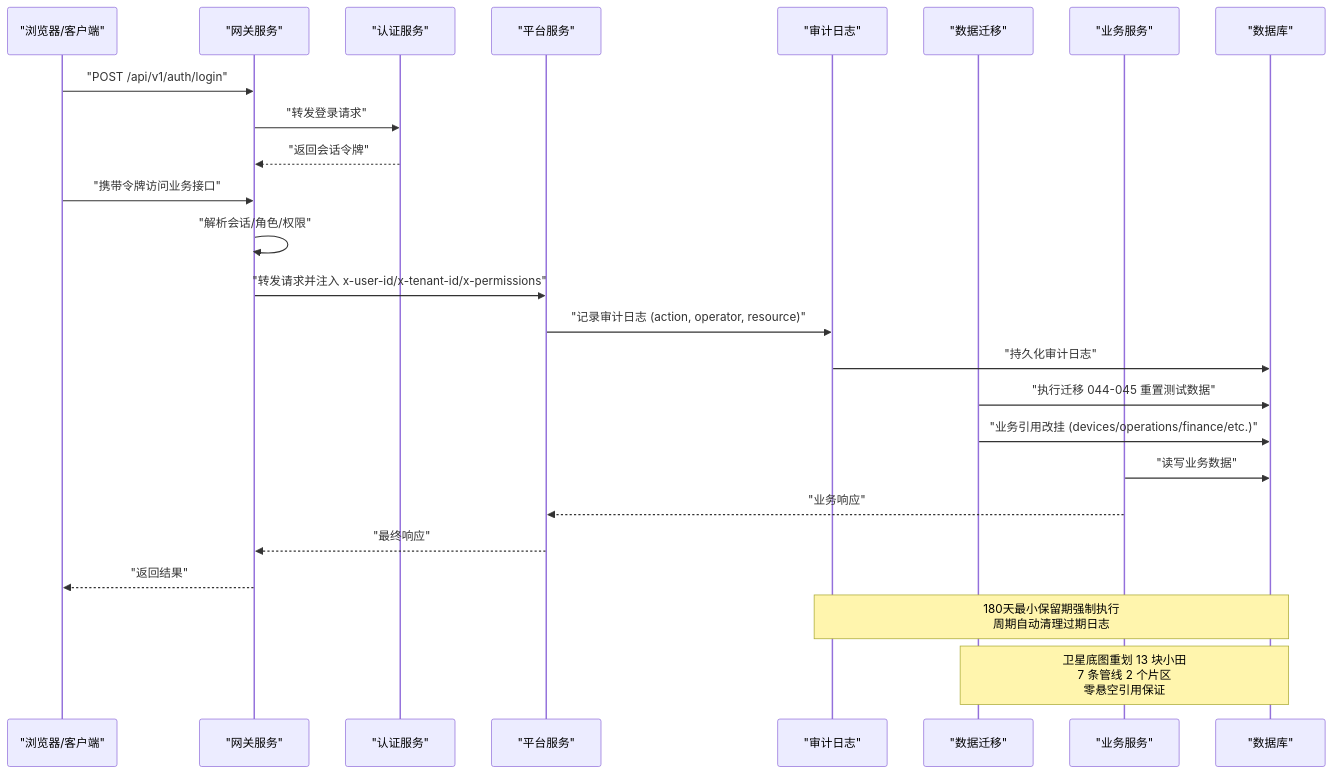
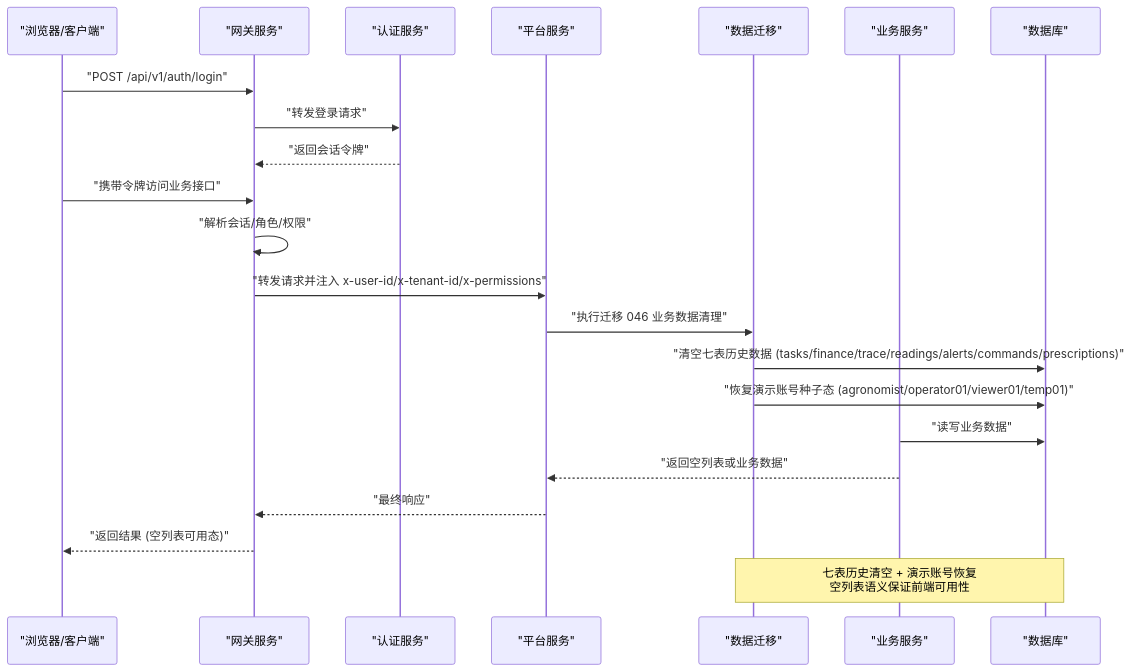
Before and after one commit to q446328246/agri-platform: the second of 3 diagrams in .qoder/repowiki/zh/content/项目概述/平台功能清单.md, drawn with Mermaid. The commit also changed other lines of this file and 48 other files, not shown here.

````diff
--- a/.qoder/repowiki/zh/content/项目概述/平台功能清单.md
+++ b/.qoder/repowiki/zh/content/项目概述/平台功能清单.md
@@ -151,27 +160,24 @@
 ```mermaid
 sequenceDiagram
 participant Client as "浏览器/客户端"
 participant Gateway as "网关服务"
 participant Auth as "认证服务"
 participant Platform as "平台服务"
-participant Audit as "审计日志"
 participant Migration as "数据迁移"
 participant Service as "业务服务"
 participant DB as "数据库"
 Client->>Gateway : "POST /api/v1/auth/login"
 Gateway->>Auth : "转发登录请求"
 Auth-->>Gateway : "返回会话令牌"
 Client->>Gateway : "携带令牌访问业务接口"
 Gateway->>Gateway : "解析会话/角色/权限"
 Gateway->>Platform : "转发请求并注入 x-user-id/x-tenant-id/x-permissions"
-Platform->>Audit : "记录审计日志 (action, operator, resource)"
-Audit->>DB : "持久化审计日志"
-Migration->>DB : "执行迁移 044-045 重置测试数据"
-Migration->>DB : "业务引用改挂 (devices/operations/finance/etc.)"
+Platform->>Migration : "执行迁移 046 业务数据清理"
+Migration->>DB : "清空七表历史数据 (tasks/finance/trace/readings/alerts/commands/prescriptions)"
+Migration->>DB : "恢复演示账号种子态 (agronomist/operator01/viewer01/temp01)"
 Service->>DB : "读写业务数据"
-Service-->>Platform : "业务响应"
+Service-->>Platform : "返回空列表或业务数据"
 Platform-->>Gateway : "最终响应"
-Gateway-->>Client : "返回结果"
-Note over Audit,DB : 180天最小保留期强制执行<br/>周期自动清理过期日志
-Note over Migration,DB : 卫星底图重划 13 块小田<br/>7 条管线 2 个片区<br/>零悬空引用保证
+Gateway-->>Client : "返回结果 (空列表可用态)"
+Note over Migration,DB : 七表历史清空 + 演示账号恢复<br/>空列表语义保证前端可用性
 ```
````
